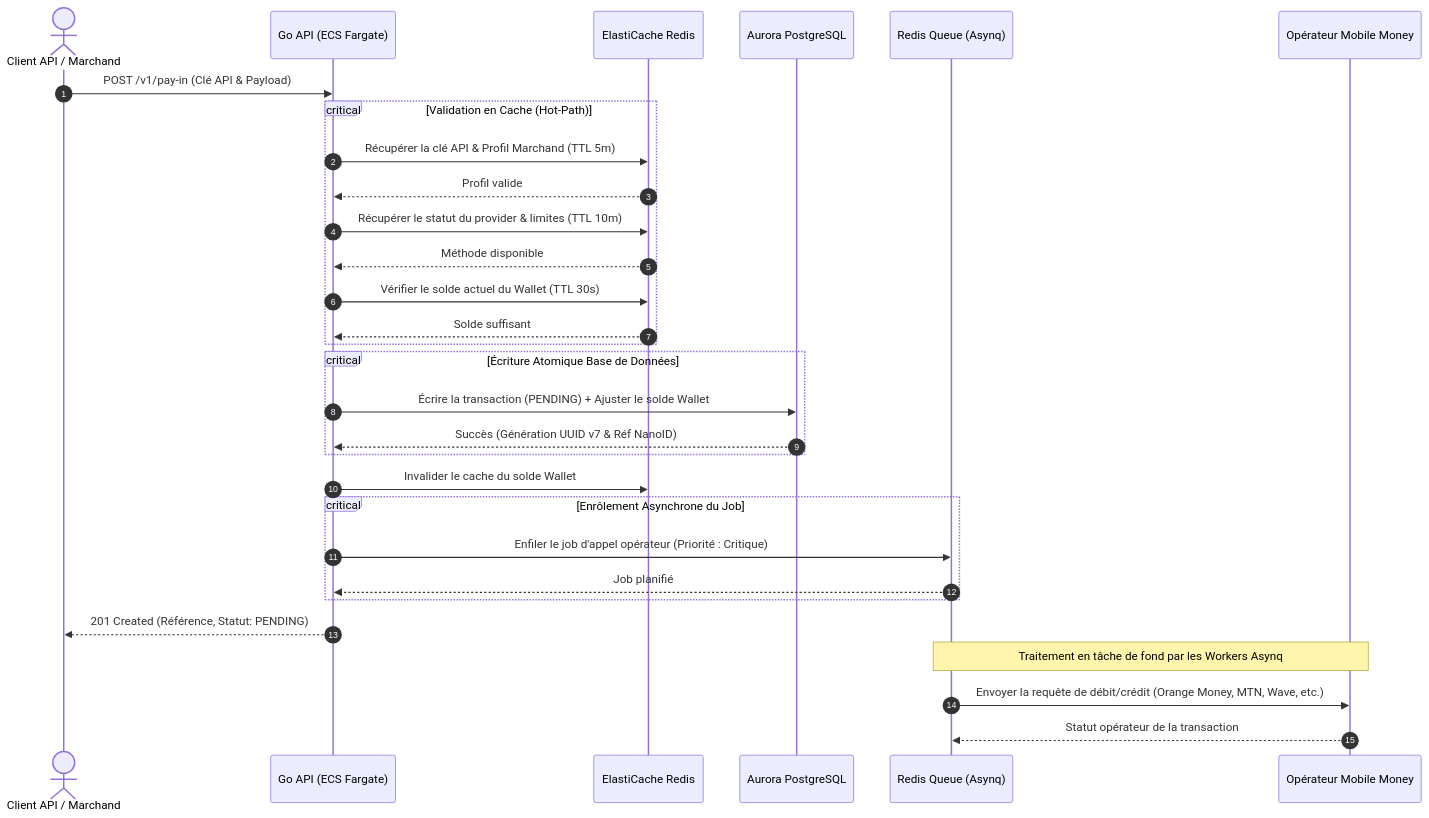
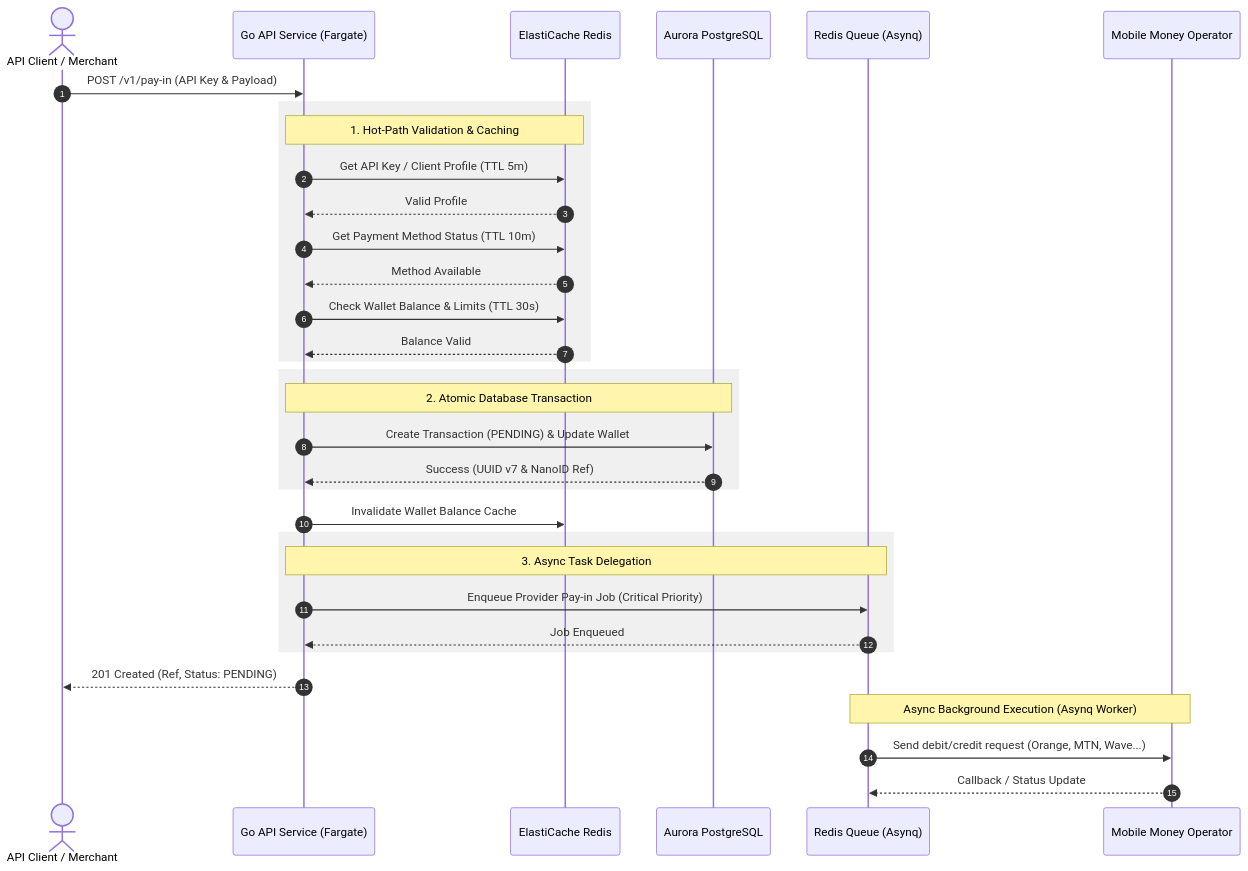
Before and after one commit to velyon-core/.github: the third of 4 diagrams in profile/README.md, drawn with Mermaid. The commit also changed other lines of this file, not shown here.

Commit message:
Correction de la syntaxe Mermaid et standardisation des schémas techniques

````diff
--- a/profile/README.md
+++ b/profile/README.md
@@ -104,39 +113,42 @@
 ```mermaid
 sequenceDiagram
     autonumber
-    actor Client as Client API / Marchand
-    participant API as Go API (ECS Fargate)
+    actor Client as API Client / Merchant
+    participant API as Go API Service (Fargate)
     participant Redis as ElastiCache Redis
     participant DB as Aurora PostgreSQL
     participant Queue as Redis Queue (Asynq)
-    participant Prov as Opérateur Mobile Money
+    participant Operator as Mobile Money Operator
 
-    Client->>API: POST /v1/pay-in (Clé API & Payload)
+    Client->>API: POST /v1/pay-in (API Key & Payload)
     
-    critical Validation en Cache (Hot-Path)
-        API->>Redis: Récupérer la clé API & Profil Marchand (TTL 5m)
-        Redis-->>API: Profil valide
-        API->>Redis: Récupérer le statut du provider & limites (TTL 10m)
-        Redis-->>API: Méthode disponible
-        API->>Redis: Vérifier le solde actuel du Wallet (TTL 30s)
-        Redis-->>API: Solde suffisant
+    rect rgb(240, 240, 240)
+        note over API, Redis: 1. Hot-Path Validation & Caching
+        API->>Redis: Get API Key / Client Profile (TTL 5m)
+        Redis-->>API: Valid Profile
+        API->>Redis: Get Payment Method Status (TTL 10m)
+        Redis-->>API: Method Available
+        API->>Redis: Check Wallet Balance & Limits (TTL 30s)
+        Redis-->>API: Balance Valid
     end
     
-    critical Écriture Atomique Base de Données
-        API->>DB: Écrire la transaction (PENDING) + Ajuster le solde Wallet
-        DB-->>API: Succès (Génération UUID v7 & Réf NanoID)
+    rect rgb(240, 240, 240)
+        note over API, DB: 2. Atomic Database Transaction
+        API->>DB: Create Transaction (PENDING) & Update Wallet
+        DB-->>API: Success (UUID v7 & NanoID Ref)
     end
     
-    API->>Redis: Invalider le cache du solde Wallet
+    API->>Redis: Invalidate Wallet Balance Cache
     
-    critical Enrôlement Asynchrone du Job
-        API->>Queue: Enfiler le job d'appel opérateur (Priorité : Critique)
-        Queue-->>API: Job planifié
+    rect rgb(240, 240, 240)
+        note over API, Queue: 3. Async Task Delegation
+        API->>Queue: Enqueue Provider Pay-in Job (Critical Priority)
+        Queue-->>API: Job Enqueued
     end
     
-    API-->>Client: 201 Created (Référence, Statut: PENDING)
+    API-->>Client: 201 Created (Ref, Status: PENDING)
     
-    note over Queue, Prov: Traitement en tâche de fond par les Workers Asynq
-    Queue->>Prov: Envoyer la requête de débit/crédit (Orange Money, MTN, Wave, etc.)
-    Prov-->>Queue: Statut opérateur de la transaction
+    note over Queue, Operator: Async Background Execution (Asynq Worker)
+    Queue->>Operator: Send debit/credit request (Orange, MTN, Wave...)
+    Operator-->>Queue: Callback / Status Update
 ```
````
